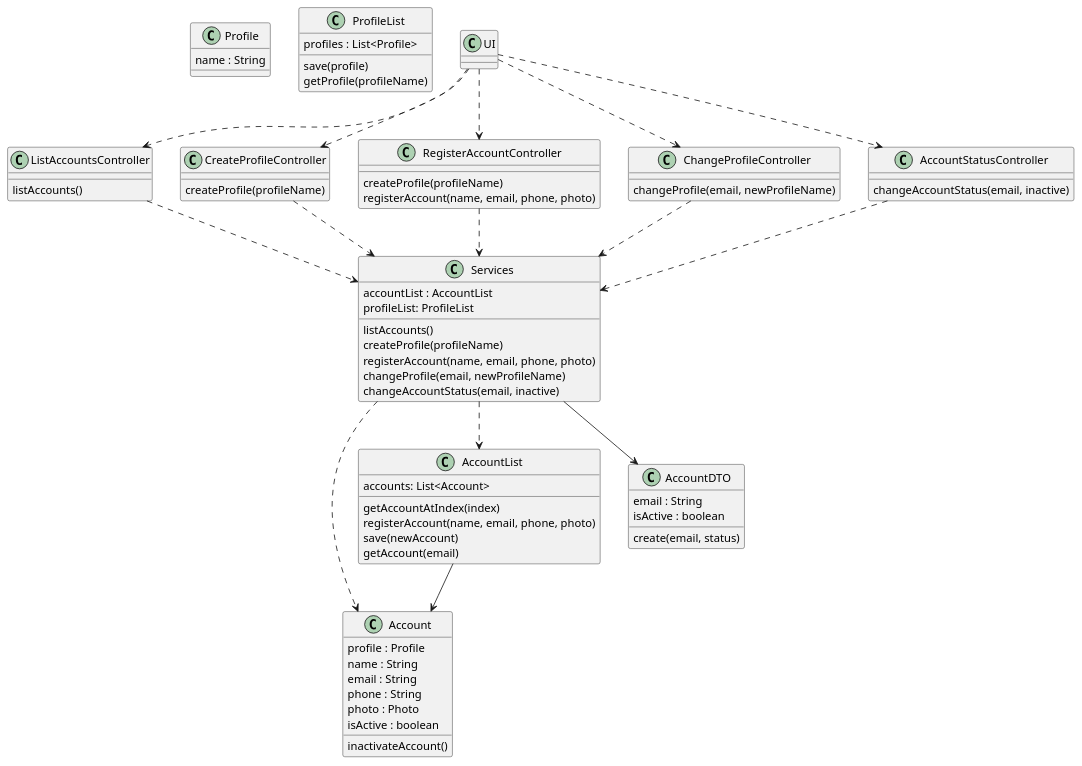
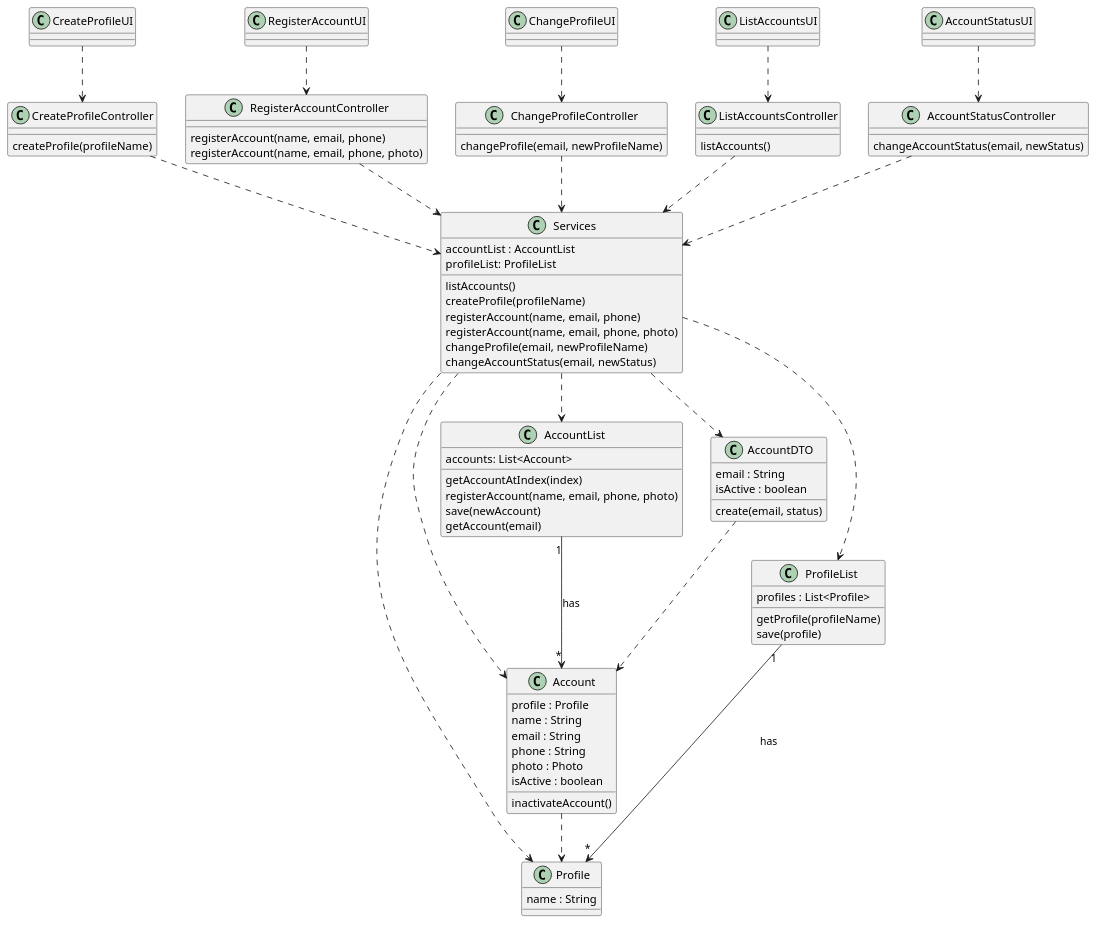
The diagram in docs/modelling_design/class_diagram/class_diagram.puml (ivo-menezes/project_g3), drawn with PlantUML before and after one commit.

Commit message:
Class Diagram: Design: updated general class diagram

```diff
--- a/docs/modelling_design/class_diagram/class_diagram.puml
+++ b/docs/modelling_design/class_diagram/class_diagram.puml
@@ -1,86 +1,106 @@
 @startuml
 
-class Profile {
-name : String
-}
+' UIs
+class CreateProfileUI {}
+class RegisterAccountUI {}
+class ChangeProfileUI {}
+class ListAccountsUI {}
+class AccountStatusUI {}
 
-class ProfileList {
-profiles : List<Profile>
-save(profile)
-getProfile(profileName)
-}
-
-class ListAccountsController{
-listAccounts()
-}
-
+' Controllers
 class CreateProfileController {
 createProfile(profileName)
 }
 
 class RegisterAccountController {
-createProfile(profileName)
+registerAccount(name, email, phone)
 registerAccount(name, email, phone, photo)
 }
 
 class ChangeProfileController {
 changeProfile(email, newProfileName)
 }
 
-class AccountStatusController {
-changeAccountStatus(email, inactive)
+class ListAccountsController{
+listAccounts()
 }
 
+class AccountStatusController {
+changeAccountStatus(email, newStatus)
+}
+
+' Business Layer
 class Services {
 accountList : AccountList
 profileList: ProfileList
 listAccounts()
 createProfile(profileName)
+registerAccount(name, email, phone)
 registerAccount(name, email, phone, photo)
 changeProfile(email, newProfileName)
-changeAccountStatus(email, inactive)
+changeAccountStatus(email, newStatus)
+}
 
+class Profile {
+name : String
 }
 
 class Account {
 profile : Profile
 name : String
 email : String
 phone : String
 photo : Photo
 isActive : boolean
 inactivateAccount()
 }
 
+class AccountDTO {
+email : String
+isActive : boolean
+create(email, status)
+}
+
+' Data Access Layer
+
+class ProfileList {
+profiles : List<Profile>
+getProfile(profileName)
+save(profile)
+}
+
 class AccountList {
 accounts: List<Account>
 getAccountAtIndex(index)
 registerAccount(name, email, phone, photo)
 save(newAccount)
 getAccount(email)
 }
 
-class AccountDTO {
-email : String
-isActive : boolean
-create(email, status)
-}
+' Associations and dependencies
 
+CreateProfileUI ..> CreateProfileController
+CreateProfileController ..> Services
+Services ..> ProfileList
+Services ..> Profile
+ProfileList "1" --> "*" Profile : has
+
+RegisterAccountUI ..> RegisterAccountController
+RegisterAccountController ..> Services
+Services ..> AccountList
 Services ..> Account
-Services ..> AccountList
-Services --> AccountDTO
+Account ..> Profile
+AccountList "1" --> "*" Account : has
 
-AccountList --> Account
-
-UI ..> ListAccountsController
-UI ..> CreateProfileController
-UI ..> RegisterAccountController
-UI ..> ChangeProfileController
-UI ..> AccountStatusController
+ChangeProfileUI ..> ChangeProfileController
+ChangeProfileController ..> Services
 
 ListAccountsController ..> Services
-CreateProfileController ..> Services
-RegisterAccountController ..> Services
-ChangeProfileController..> Services
+ListAccountsUI ..> ListAccountsController
+Services ..> AccountDTO
+AccountDTO ..> Account
+
 AccountStatusController ..> Services
+AccountStatusUI ..> AccountStatusController
+
 @enduml
```
